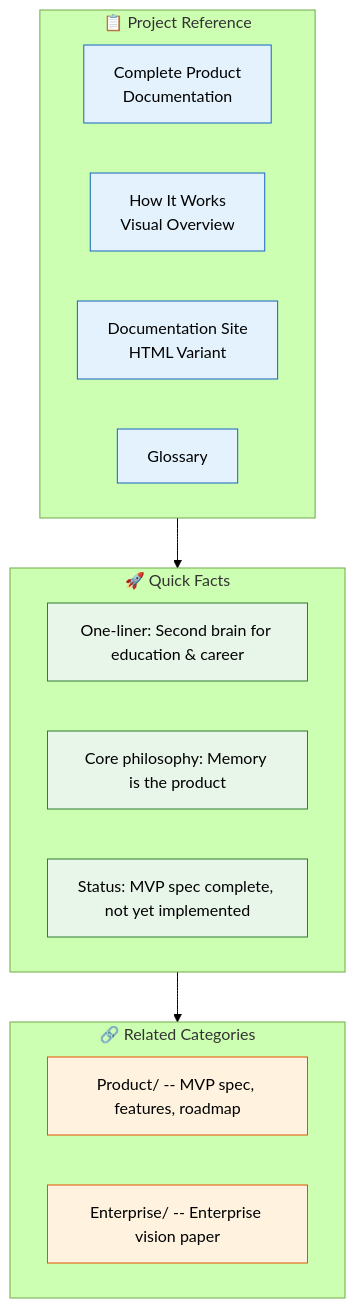
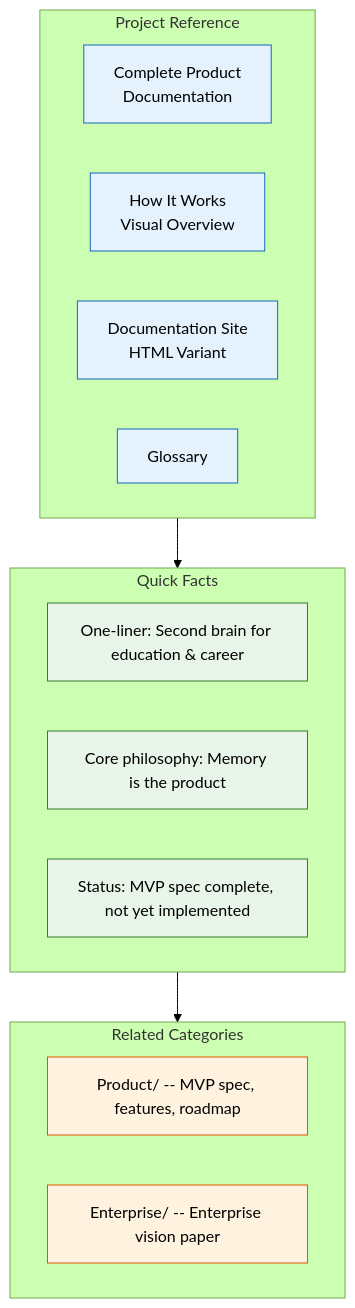
Before and after one commit to Driftloom/Vaeloom: the diagram in docs/project/README.md, drawn with Mermaid (forest theme). The commit also changed 694 other files, not shown here.

First line of the commit message:
docs: mermaid standardization — encoding/mermaid/duplicate cleanup

````diff
--- a/docs/project/README.md
+++ b/docs/project/README.md
@@ -16,31 +16,31 @@
 ```mermaid
 graph TD
-    subgraph Project["📋 Project Reference"]
-        PD["Complete Product<br/>Documentation"]
-        HV["How It Works<br/>Visual Overview"]
-        DS["Documentation Site<br/>HTML Variant"]
-        GL["Glossary"]
-    end
+ subgraph Project["Project Reference"]
+ PD["Complete Product<br/>Documentation"]
+ HV["How It Works<br/>Visual Overview"]
+ DS["Documentation Site<br/>HTML Variant"]
+ GL["Glossary"]
+ end
 
-    subgraph Quick["🚀 Quick Facts"]
-        Q1["One-liner: Second brain for education & career"]
-        Q2["Core philosophy: Memory is the product"]
-        Q3["Status: MVP spec complete, not yet implemented"]
-    end
+ subgraph Quick["Quick Facts"]
+ Q1["One-liner: Second brain for education & career"]
+ Q2["Core philosophy: Memory is the product"]
+ Q3["Status: MVP spec complete, not yet implemented"]
+ end
 
-    subgraph Related["🔗 Related Categories"]
-        R1["Product/ -- MVP spec, features, roadmap"]
-        R2["Enterprise/ -- Enterprise vision paper"]
-    end
+ subgraph Related["Related Categories"]
+ R1["Product/ -- MVP spec, features, roadmap"]
+ R2["Enterprise/ -- Enterprise vision paper"]
+ end
 
-    Project --> Quick
-    Quick --> Related
+ Project--> Quick
+ Quick--> Related
 
-    classDef proj fill:#e3f2fd,stroke:#1565c0
-    classDef quick fill:#e8f5e9,stroke:#2e7d32
-    classDef related fill:#fff3e0,stroke:#e65100
+ classDef proj fill:#e3f2fd,stroke:#1565c0
+ classDef quick fill:#e8f5e9,stroke:#2e7d32
+ classDef related fill:#fff3e0,stroke:#e65100
 
-    class PD,HV,DS,GL proj
-    class Q1,Q2,Q3 quick
-    class R1,R2 related
+ class PD,HV,DS,GL proj
+ class Q1,Q2,Q3 quick
+ class R1,R2 related
 ```
````
